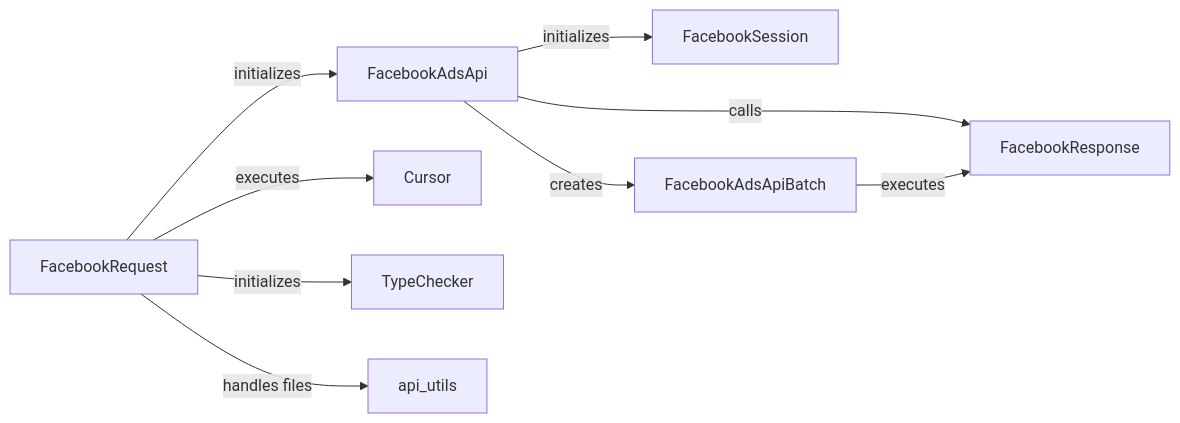
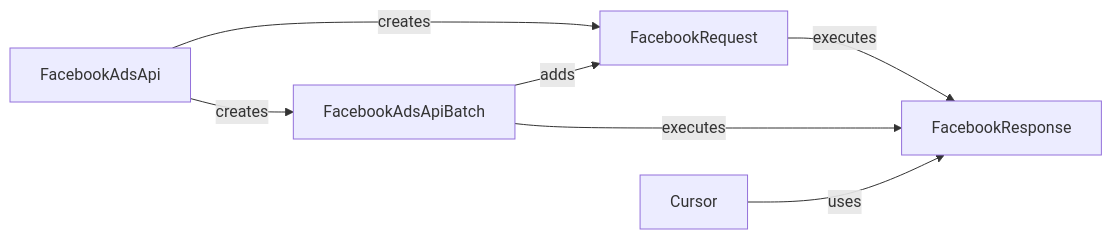
The diagram in facebook-python-business-sdk/API Request Management.md (CodeBoarding/GeneratedOnBoardings), drawn with Mermaid before and after one commit. The commit also changed other lines of this file and 43 other files, not shown here.

````diff
--- a/facebook-python-business-sdk/API Request Management.md
+++ b/facebook-python-business-sdk/API Request Management.md
@@ -1,19 +1,14 @@
 ```mermaid
 graph LR
-    FacebookSession["FacebookSession"]
     FacebookAdsApi["FacebookAdsApi"]
     FacebookRequest["FacebookRequest"]
     FacebookResponse["FacebookResponse"]
     FacebookAdsApiBatch["FacebookAdsApiBatch"]
     Cursor["Cursor"]
-    TypeChecker["TypeChecker"]
-    api_utils["api_utils"]
-    FacebookAdsApi -- "initializes" --> FacebookSession
-    FacebookAdsApi -- "calls" --> FacebookResponse
+    FacebookAdsApi -- "creates" --> FacebookRequest
     FacebookAdsApi -- "creates" --> FacebookAdsApiBatch
-    FacebookRequest -- "initializes" --> TypeChecker
-    FacebookRequest -- "initializes" --> FacebookAdsApi
-    FacebookRequest -- "handles files" --> api_utils
-    FacebookRequest -- "executes" --> Cursor
+    FacebookRequest -- "executes" --> FacebookResponse
+    FacebookAdsApiBatch -- "adds" --> FacebookRequest
     FacebookAdsApiBatch -- "executes" --> FacebookResponse
+    Cursor -- "uses" --> FacebookResponse
 ```
````
